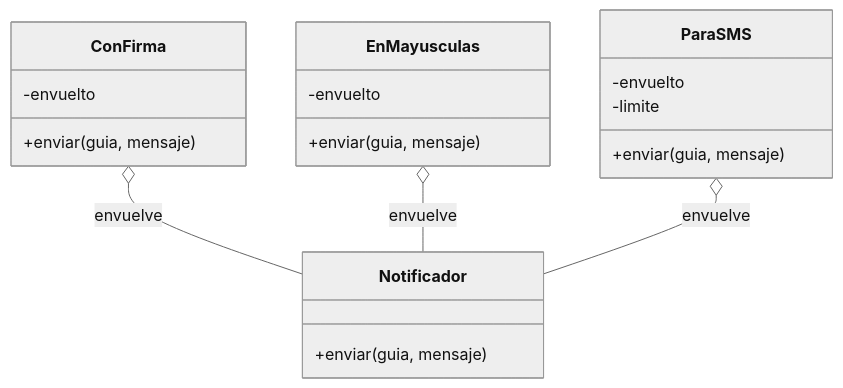
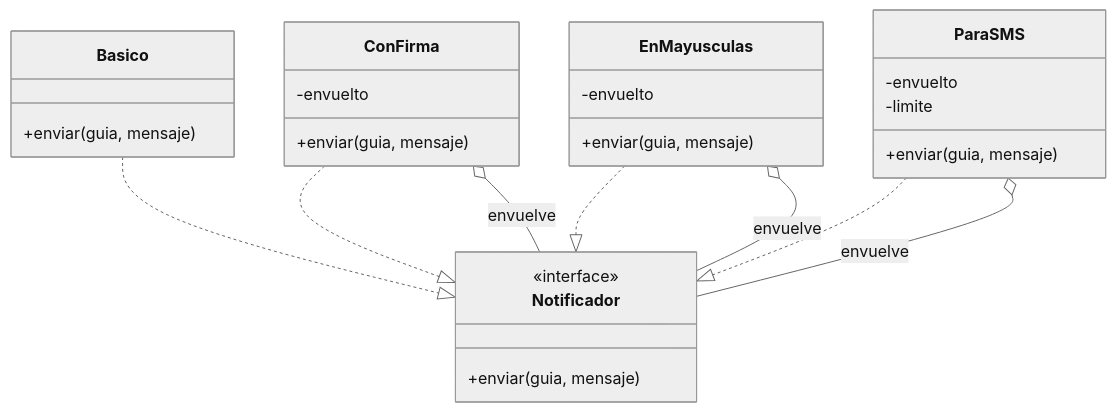
The first of 8 diagrams in web/public/content/foundations/modulo-9.md (NICORUIZ93/The_Imperial_Book), drawn with Mermaid (neutral theme) before and after one commit. The commit also changed other lines of this file and 1 other file, not shown here.

````diff
--- a/web/public/content/foundations/modulo-9.md
+++ b/web/public/content/foundations/modulo-9.md
@@ -98,22 +98,30 @@
 ```mermaid
 classDiagram
     class Notificador {
+      <<interface>>
+      +enviar(guia, mensaje)
+    }
+    class Basico {
       +enviar(guia, mensaje)
     }
     class ConFirma {
       -envuelto
       +enviar(guia, mensaje)
     }
     class EnMayusculas {
       -envuelto
       +enviar(guia, mensaje)
     }
     class ParaSMS {
       -envuelto
       -limite
       +enviar(guia, mensaje)
     }
+    Basico ..|> Notificador
+    ConFirma ..|> Notificador
+    EnMayusculas ..|> Notificador
+    ParaSMS ..|> Notificador
     ConFirma o-- Notificador : envuelve
     EnMayusculas o-- Notificador : envuelve
     ParaSMS o-- Notificador : envuelve
 ```
````
